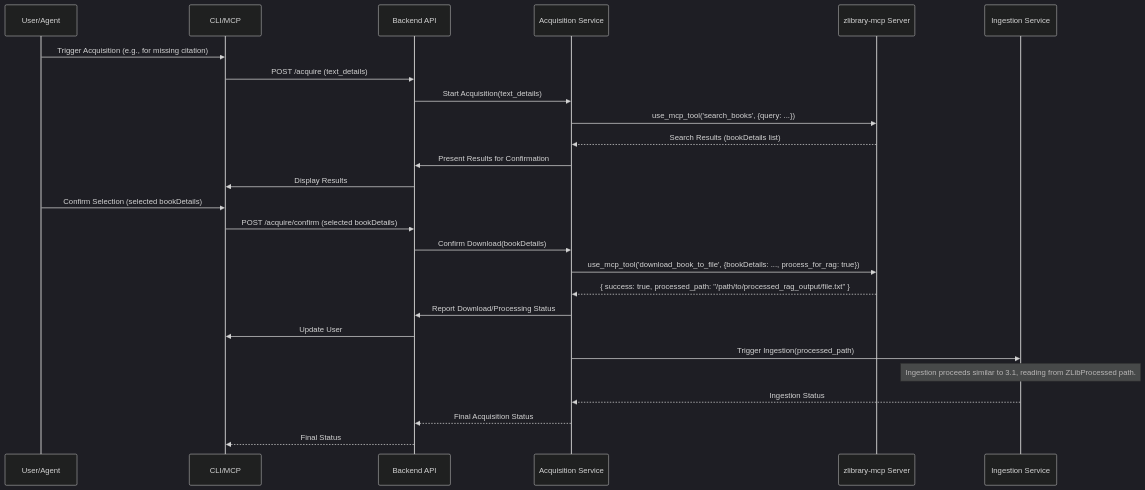
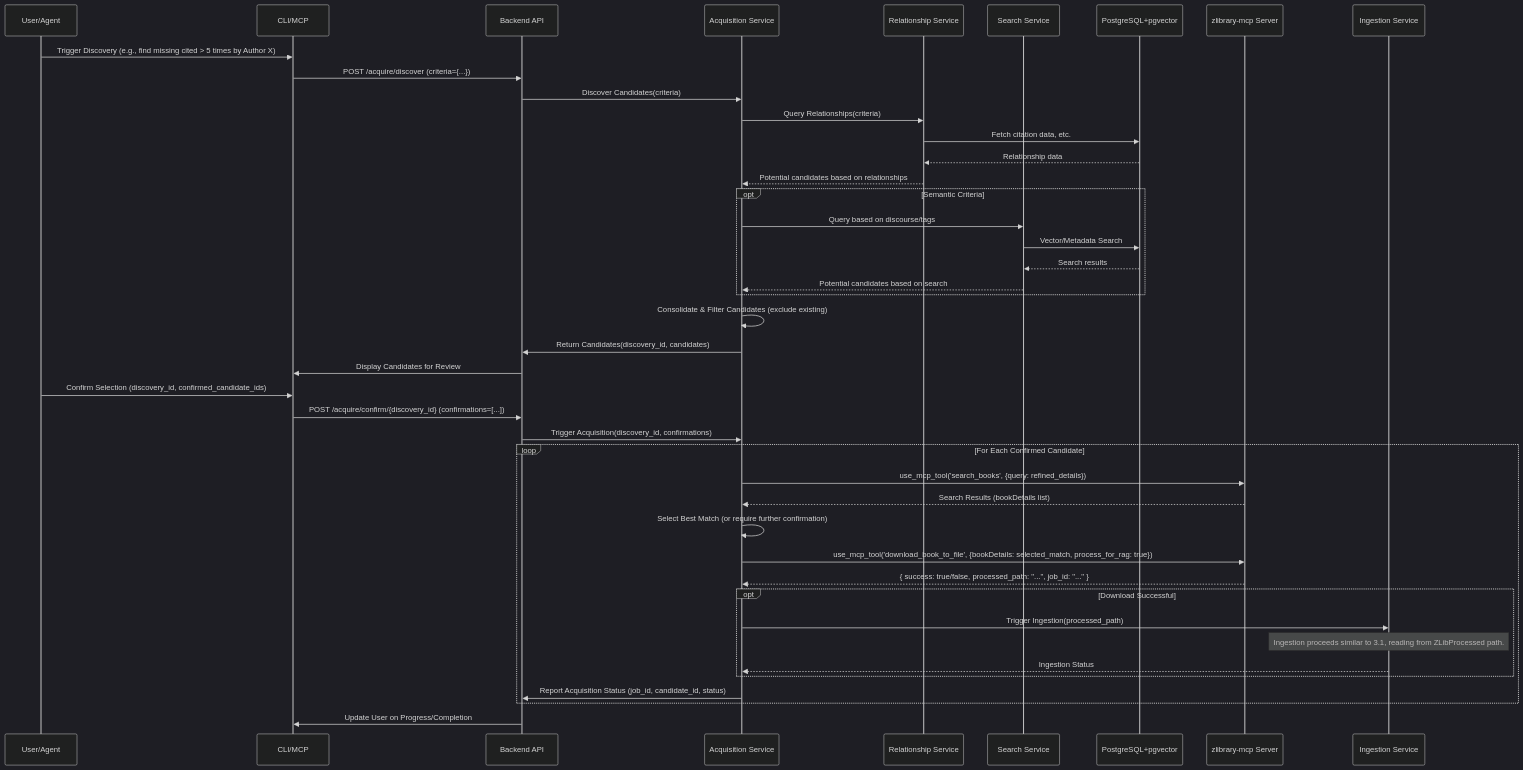
The fourth of 4 diagrams in docs/architecture/tier0_mvp_architecture.md (loganrooks/mcp-vector-database), drawn with Mermaid (dark theme) before and after one commit. The commit also changed other lines of this file and 11 other files, not shown here.

Commit message:
feat(acquisition): Implement flexible discovery workflow (ADR 009)

````diff
--- a/docs/architecture/tier0_mvp_architecture.md
+++ b/docs/architecture/tier0_mvp_architecture.md
@@ -188,29 +188,47 @@
 ```mermaid
 sequenceDiagram
     participant User as User/Agent
     participant CLI as CLI/MCP
     participant API as Backend API
     participant AcqSvc as Acquisition Service
+    participant RelSvc as Relationship Service
+    participant SearchSvc as Search Service
+    participant DB as PostgreSQL+pgvector
     participant ZLibMCP as zlibrary-mcp Server
     participant IngestSvc as Ingestion Service
 
-    User->>CLI: Trigger Acquisition (e.g., for missing citation)
-    CLI->>API: POST /acquire (text_details)
-    API->>AcqSvc: Start Acquisition(text_details)
-    AcqSvc->>ZLibMCP: use_mcp_tool('search_books', {query: ...})
-    ZLibMCP-->>AcqSvc: Search Results (bookDetails list)
-    AcqSvc->>API: Present Results for Confirmation
-    API->>CLI: Display Results
-    User->>CLI: Confirm Selection (selected bookDetails)
-    CLI->>API: POST /acquire/confirm (selected bookDetails)
-    API->>AcqSvc: Confirm Download(bookDetails)
-    AcqSvc->>ZLibMCP: use_mcp_tool('download_book_to_file', {bookDetails: ..., process_for_rag: true})
-    ZLibMCP-->>AcqSvc: { success: true, processed_path: "/path/to/processed_rag_output/file.txt" }
-    AcqSvc->>API: Report Download/Processing Status
-    API->>CLI: Update User
-    AcqSvc->>IngestSvc: Trigger Ingestion(processed_path)
-    Note over IngestSvc: Ingestion proceeds similar to 3.1, reading from ZLibProcessed path.
-    IngestSvc-->>AcqSvc: Ingestion Status
-    AcqSvc-->>API: Final Acquisition Status
-    API-->>CLI: Final Status
+    User->>CLI: Trigger Discovery (e.g., find missing cited > 5 times by Author X)
+    CLI->>API: POST /acquire/discover (criteria={...})
+    API->>AcqSvc: Discover Candidates(criteria)
+    AcqSvc->>RelSvc: Query Relationships(criteria)
+    RelSvc->>DB: Fetch citation data, etc.
+    DB-->>RelSvc: Relationship data
+    RelSvc-->>AcqSvc: Potential candidates based on relationships
+    opt Semantic Criteria
+        AcqSvc->>SearchSvc: Query based on discourse/tags
+        SearchSvc->>DB: Vector/Metadata Search
+        DB-->>SearchSvc: Search results
+        SearchSvc-->>AcqSvc: Potential candidates based on search
+    end
+    AcqSvc->>AcqSvc: Consolidate & Filter Candidates (exclude existing)
+    AcqSvc->>API: Return Candidates(discovery_id, candidates)
+    API->>CLI: Display Candidates for Review
+
+    User->>CLI: Confirm Selection (discovery_id, confirmed_candidate_ids)
+    CLI->>API: POST /acquire/confirm/{discovery_id} (confirmations=[...])
+    API->>AcqSvc: Trigger Acquisition(discovery_id, confirmations)
+    loop For Each Confirmed Candidate
+        AcqSvc->>ZLibMCP: use_mcp_tool('search_books', {query: refined_details})
+        ZLibMCP-->>AcqSvc: Search Results (bookDetails list)
+        AcqSvc->>AcqSvc: Select Best Match (or require further confirmation)
+        AcqSvc->>ZLibMCP: use_mcp_tool('download_book_to_file', {bookDetails: selected_match, process_for_rag: true})
+        ZLibMCP-->>AcqSvc: { success: true/false, processed_path: "...", job_id: "..." }
+        opt Download Successful
+            AcqSvc->>IngestSvc: Trigger Ingestion(processed_path)
+            Note over IngestSvc: Ingestion proceeds similar to 3.1, reading from ZLibProcessed path.
+            IngestSvc-->>AcqSvc: Ingestion Status
+        end
+        AcqSvc->>API: Report Acquisition Status (job_id, candidate_id, status)
+    end
+    API->>CLI: Update User on Progress/Completion
 ```
````
